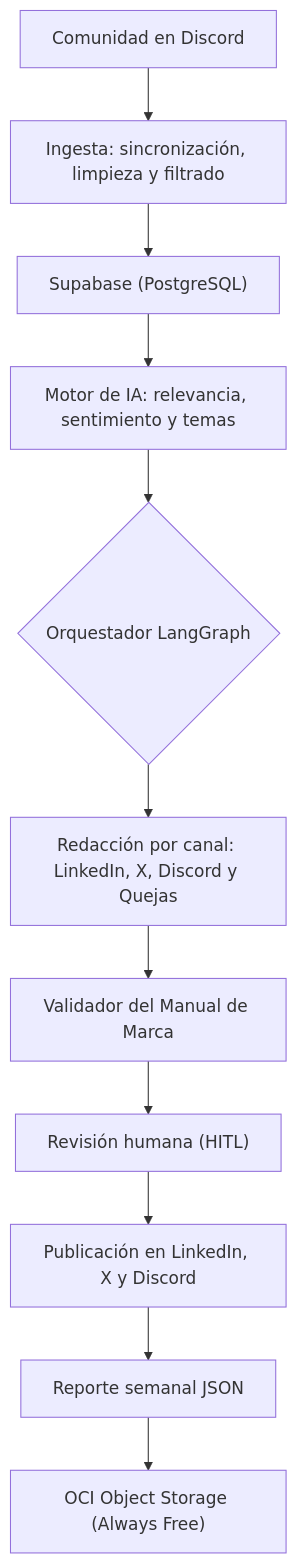
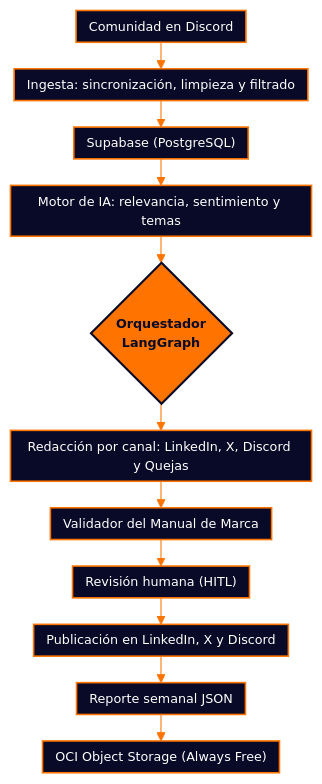
The first of 5 diagrams in README.md (Fernando-Frausto/G10-LATAM-equipo-27), drawn with Mermaid before and after one commit. The commit also changed other lines of this file, not shown here.

First line of the commit message:
Improve flowchart formatting in README.md

````diff
--- a/README.md
+++ b/README.md
@@ -75,13 +75,18 @@
 ```mermaid
+%%{init: {"theme": "base", "flowchart": {"wrappingWidth": 260, "nodeSpacing": 25, "rankSpacing": 25, "padding": 6}, "themeVariables": {"primaryColor": "#080A27", "primaryTextColor": "#080A27", "primaryBorderColor": "#FF7400", "lineColor": "#FF7400", "clusterBkg": "transparent", "clusterBorder": "#FF7400", "titleColor": "#FF7400", "edgeLabelBackground": "#FFE3CC", "textColor": "#080A27", "fontFamily": "Inter, Arial, sans-serif", "fontSize": "12px"}}}%%
 flowchart TD
     A["Comunidad en Discord"] --> B["Ingesta: sincronización, limpieza y filtrado"]
     B --> C["Supabase (PostgreSQL)"]
     C --> D["Motor de IA: relevancia, sentimiento y temas"]
-    D --> E{"Orquestador LangGraph"}
+    D --> E{"Orquestador<br/>LangGraph"}
     E --> F["Redacción por canal: LinkedIn, X, Discord y Quejas"]
     F --> G["Validador del Manual de Marca"]
     G --> H["Revisión humana (HITL)"]
     H --> I["Publicación en LinkedIn, X y Discord"]
     I --> J["Reporte semanal JSON"]
     J --> K["OCI Object Storage (Always Free)"]
+    classDef default fill:#080A27,stroke:#FF7400,stroke-width:1.5px,color:#FFFFFF
+    classDef decision fill:#FF7400,stroke:#080A27,stroke-width:2px,color:#080A27,font-weight:bold
+    classDef terminal fill:#FFFFFF,stroke:#FF7400,stroke-width:2px,color:#080A27
+    class E decision
 ```
````
